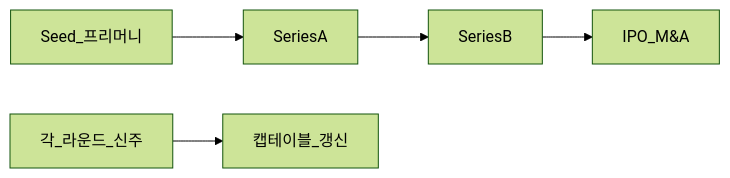
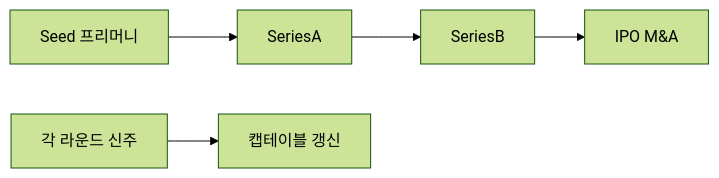
Before and after one commit to goldanghenry/Finances: the first of 5 diagrams in 09-corporate-finance/startup-valuation-vc.md, drawn with Mermaid (forest theme). The commit also changed other lines of this file and 211 other files, not shown here.

````diff
--- a/09-corporate-finance/startup-valuation-vc.md
+++ b/09-corporate-finance/startup-valuation-vc.md
@@ -126,7 +140,7 @@
 ```mermaid
 flowchart LR
-  Seed[Seed_프리머니] --> A[SeriesA]
+  Seed["Seed 프리머니"] --> A[SeriesA]
   A --> B[SeriesB]
-  B --> Exit[IPO_M&A]
-  Each[각_라운드_신주] --> Cap[캡테이블_갱신]
+  B --> Exit["IPO M&A"]
+  Each["각 라운드 신주"] --> Cap["캡테이블 갱신"]
 ```
````
